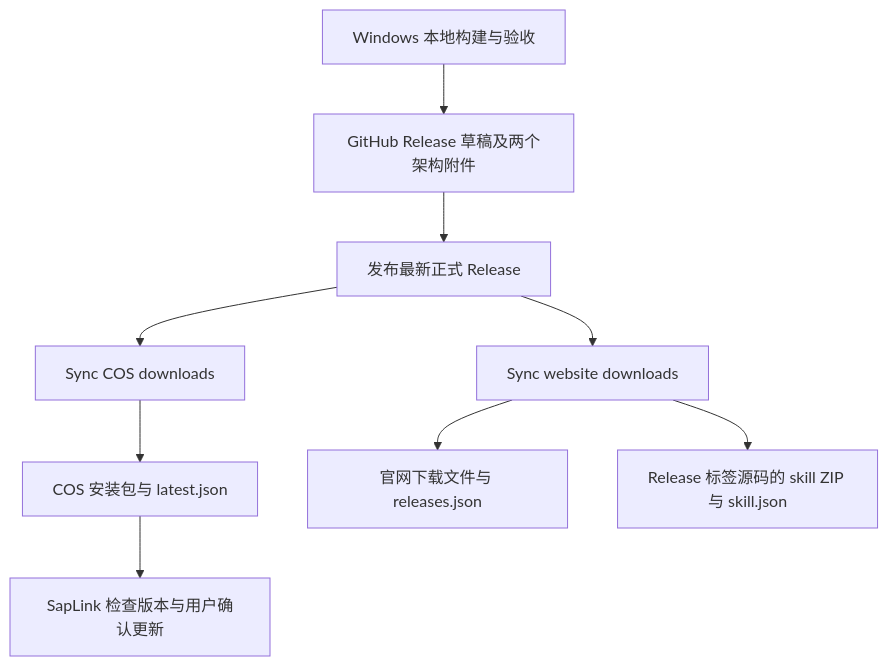
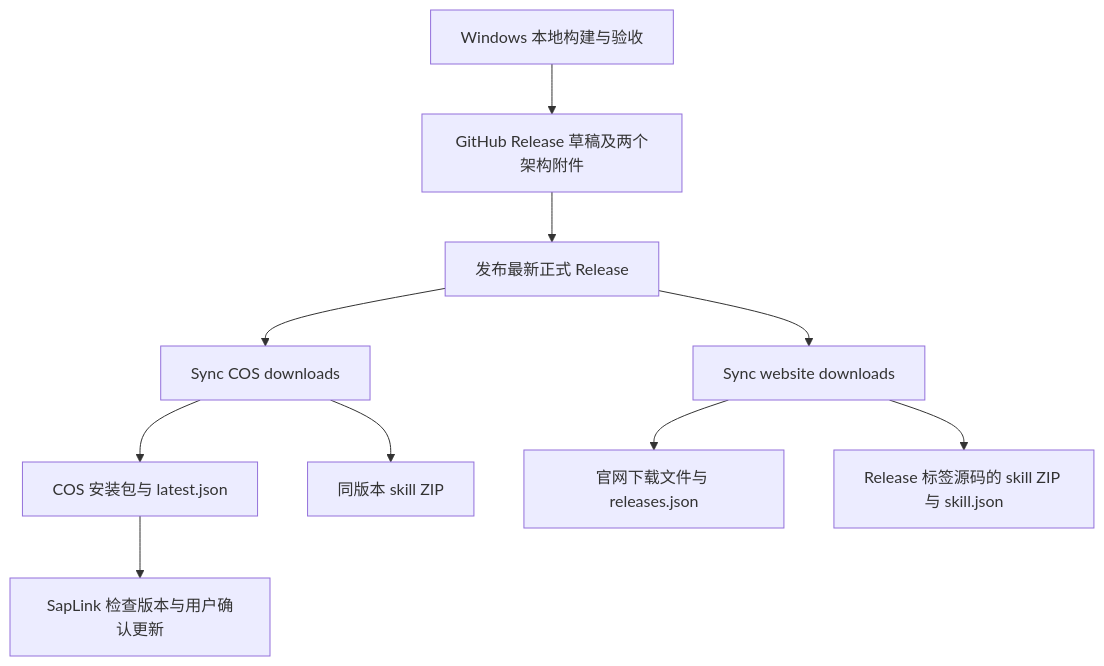
One commit to OneOFF-ive/saplink changed the diagram in docs/releases-and-actions.md. Above: the diagram before and after it, drawn with Mermaid. The commit also changed other lines of this file and 6 other files, not shown here.

Commit message:
feat: publish skill ZIP with installers in unified COS manifest

````diff
--- a/docs/releases-and-actions.md
+++ b/docs/releases-and-actions.md
@@ -7,11 +7,12 @@
 ```mermaid
 flowchart TD
     Build[Windows 本地构建与验收] --> Draft[GitHub Release 草稿及两个架构附件]
     Draft --> Release[发布最新正式 Release]
     Release --> COS[Sync COS downloads]
     Release --> Website[Sync website downloads]
     COS --> Manifest[COS 安装包与 latest.json]
+    COS --> CosSkill[同版本 skill ZIP]
     Website --> Downloads[官网下载文件与 releases.json]
     Website --> Skill[Release 标签源码的 skill ZIP 与 skill.json]
     Manifest --> Client[SapLink 检查版本与用户确认更新]
 ```
````
